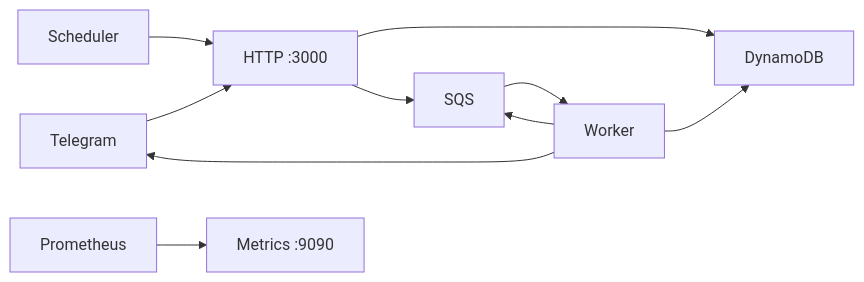
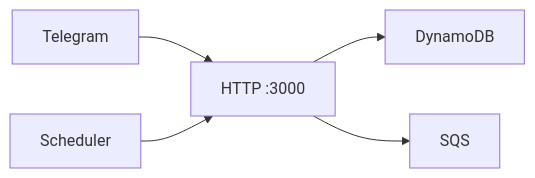
Before and after one commit to siutsin/telegram-jung2-bot: the first of 2 diagrams in README.md, drawn with Mermaid. The commit also changed other lines of this file, not shown here.

First line of the commit message:
docs(readme): split architecture into ingest and work

````diff
--- a/README.md
+++ b/README.md
@@ -31,12 +33,7 @@
 ```mermaid
 flowchart LR
     telegram[Telegram] --> http[HTTP :3000]
+    scheduler[Scheduler] --> http
     http --> dynamodb[DynamoDB]
     http --> sqs[SQS]
-    scheduler[Scheduler] --> http
-    sqs --> worker[Worker]
-    worker --> dynamodb
-    worker --> telegram
-    worker --> sqs
-    prometheus[Prometheus] --> metrics[Metrics :9090]
 ```
````
